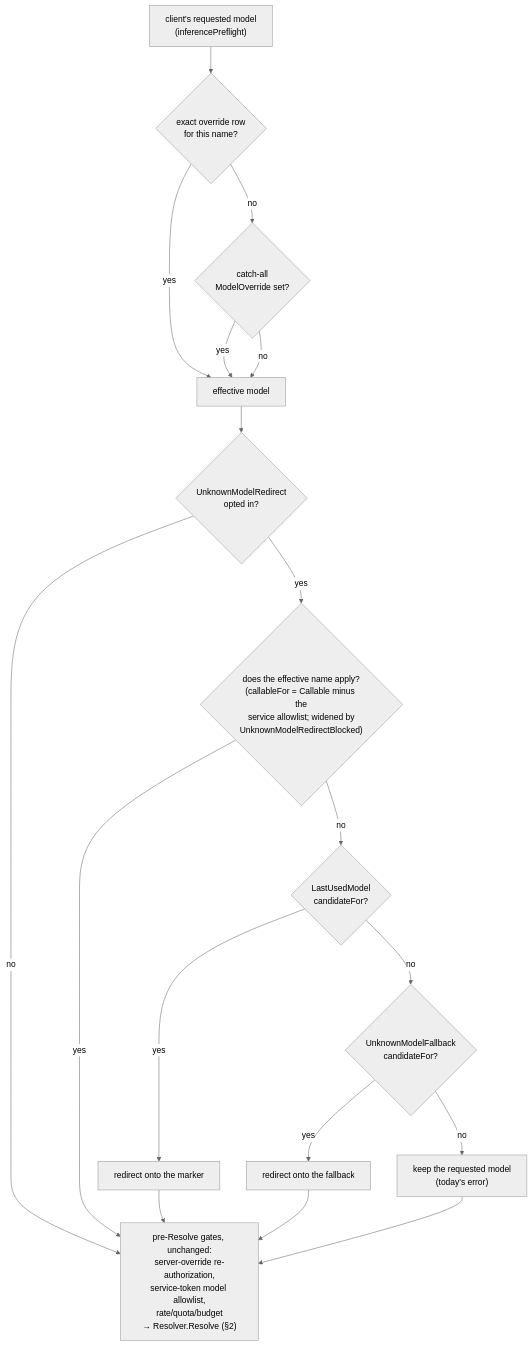
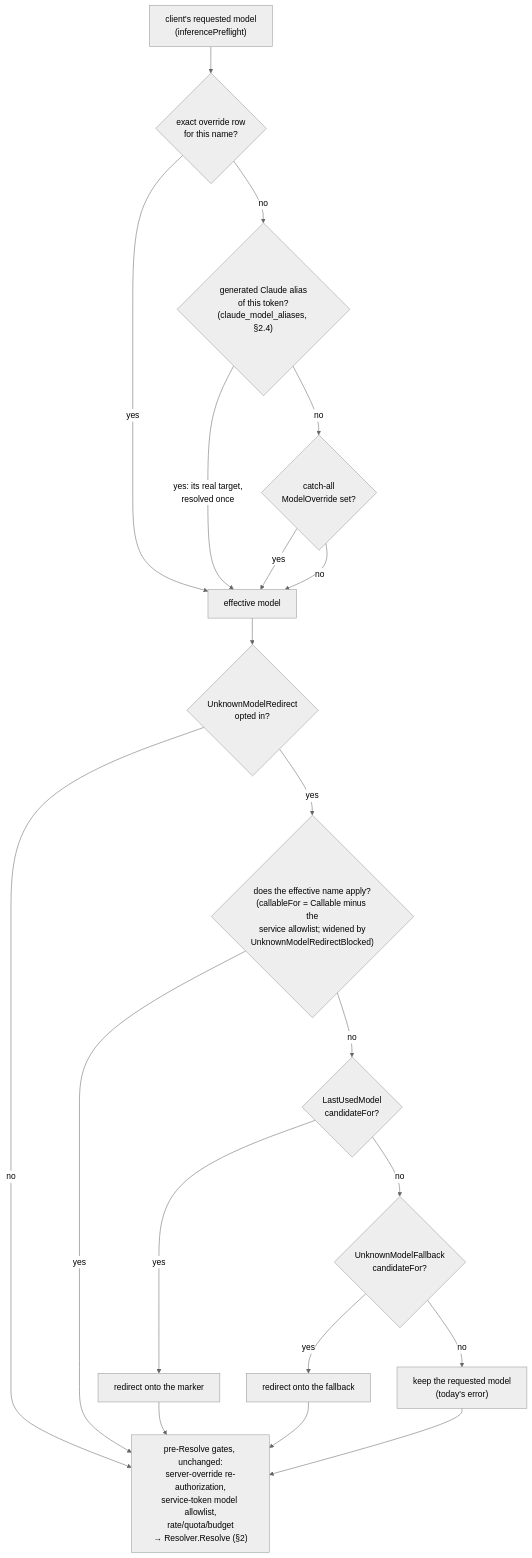
Before and after one commit to JLor08/op-ai-gateway: the third of 5 diagrams in docs/architecture/cross-cutting/routing-and-model-selection.md, drawn with Mermaid (neutral theme). The commit also changed other lines of this file and 46 other files, not shown here.

First line of the commit message:
feat: per-token automatic Claude-compatible model aliases (#225) (#226)

````diff
--- a/docs/architecture/cross-cutting/routing-and-model-selection.md
+++ b/docs/architecture/cross-cutting/routing-and-model-selection.md
@@ -337,18 +338,20 @@
 ```mermaid
 flowchart TD
     Req["client's requested model\n(inferencePreflight)"] --> Row{"exact override row\nfor this name?"}
     Row -->|yes| Eff["effective model"]
-    Row -->|no| Catch{"catch-all\nModelOverride set?"}
+    Row -->|no| Alias{"generated Claude alias\nof this token?\n(claude_model_aliases, §2.4)"}
+    Alias -->|"yes: its real target,\nresolved once"| Eff
+    Alias -->|no| Catch{"catch-all\nModelOverride set?"}
     Catch -->|yes| Eff
     Catch -->|no| Eff
     Eff --> Opt{"UnknownModelRedirect\nopted in?"}
     Opt -->|no| Gates
     Opt -->|yes| Applies{"does the effective name apply?\n(callableFor = Callable minus the\nservice allowlist; widened by\nUnknownModelRedirectBlocked)"}
     Applies -->|yes| Gates
     Applies -->|no| Marker{"LastUsedModel\ncandidateFor?"}
     Marker -->|yes| UseMarker["redirect onto the marker"] --> Gates
     Marker -->|no| Fallback{"UnknownModelFallback\ncandidateFor?"}
     Fallback -->|yes| UseFB["redirect onto the fallback"] --> Gates
     Fallback -->|no| Keep["keep the requested model\n(today's error)"] --> Gates
     Gates["pre-Resolve gates, unchanged:\nserver-override re-authorization,\nservice-token model allowlist,\nrate/quota/budget\n→ Resolver.Resolve (§2)"]
 ```
````
